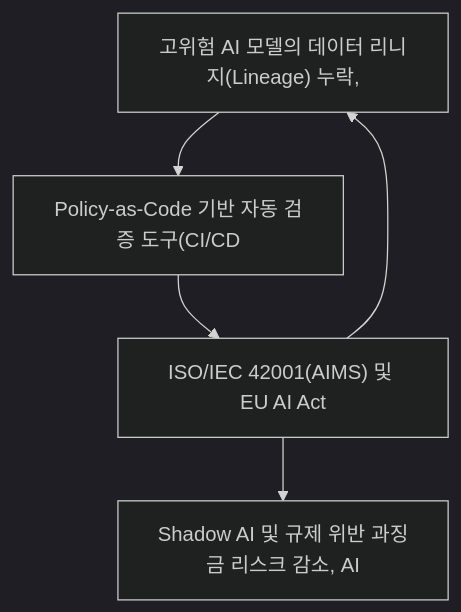
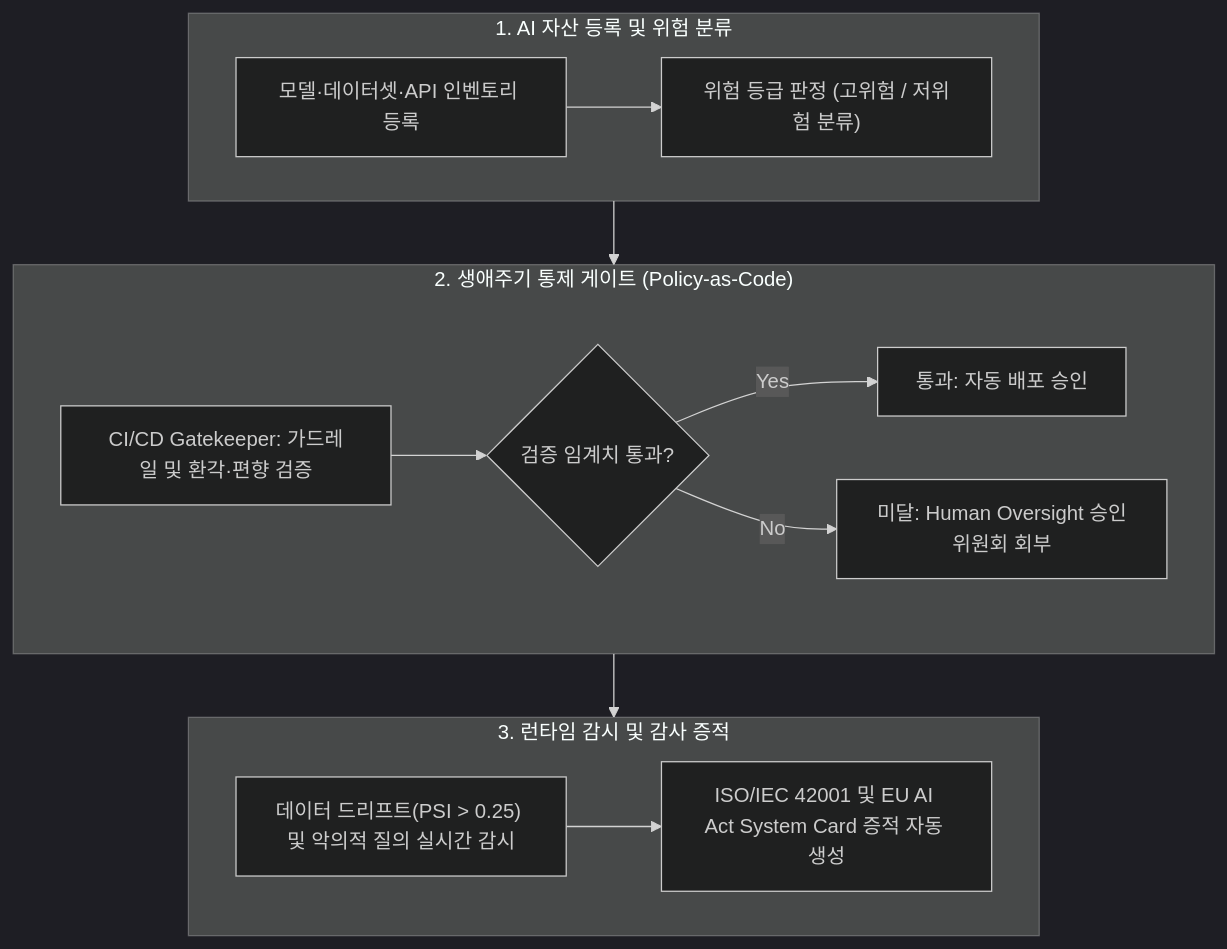
The third of 4 diagrams in src/content/docs/notes/itpe/01-it-strategy/050_ai_governance_platform.md (agnusdei1207/study), drawn with Mermaid (dark theme) before and after one commit. The commit also changed other lines of this file and 80 other files, not shown here.

````diff
--- a/src/content/docs/notes/itpe/01-it-strategy/050_ai_governance_platform.md
+++ b/src/content/docs/notes/itpe/01-it-strategy/050_ai_governance_platform.md
@@ -113,5 +107,25 @@
 ```mermaid
 flowchart TD
-    P["고위험 AI 모델의 데이터 리니지(Lineage) 누락, "] --> A["Policy-as-Code 기반 자동 검증 도구(CI/CD"] --> V["ISO/IEC 42001(AIMS) 및 EU AI Act "] --> E["Shadow AI 및 규제 위반 과징금 리스크 감소, AI"]
-    V --> P
+    subgraph Registry["1. AI 자산 등록 및 위험 분류"]
+        R1["모델·데이터셋·API 인벤토리 등록"]
+        R2["위험 등급 판정 (고위험 / 저위험 분류)"]
+        R1 --> R2
+    end
+    subgraph Gatekeeper["2. 생애주기 통제 게이트 (Policy-as-Code)"]
+        G1["CI/CD Gatekeeper: 가드레일 및 환각·편향 검증"]
+        G2{"검증 임계치 통과?"}
+        G3["통과: 자동 배포 승인"]
+        G4["미달: Human Oversight 승인위원회 회부"]
+        G1 --> G2
+        G2 -->|Yes| G3
+        G2 -->|No| G4
+    end
+    subgraph Runtime["3. 런타임 감시 및 감사 증적"]
+        M1["데이터 드리프트(PSI > 0.25) 및 악의적 질의 실시간 감시"]
+        M2["ISO/IEC 42001 및 EU AI Act System Card 증적 자동 생성"]
+        M1 --> M2
+    end
+
+    Registry --> Gatekeeper
+    Gatekeeper --> Runtime
 ```
````
